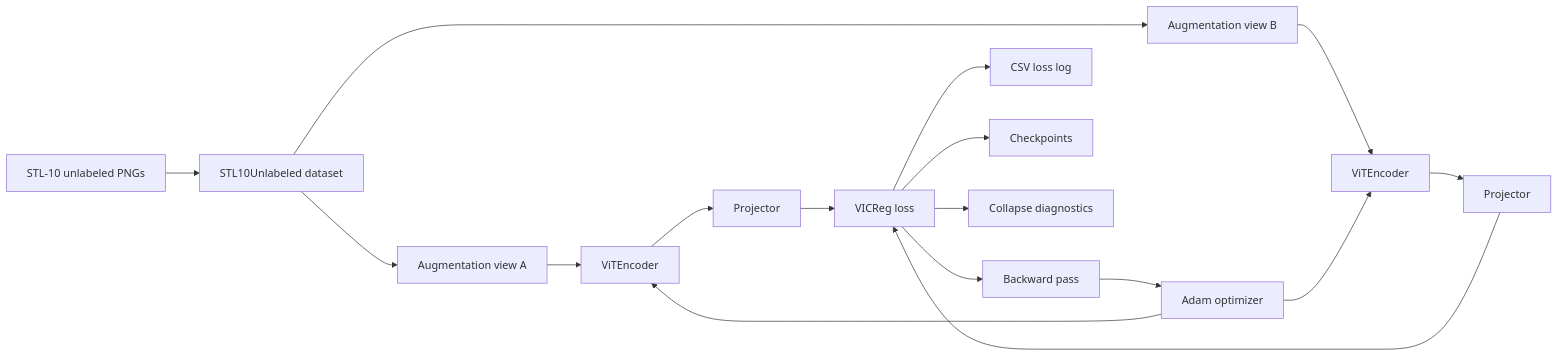
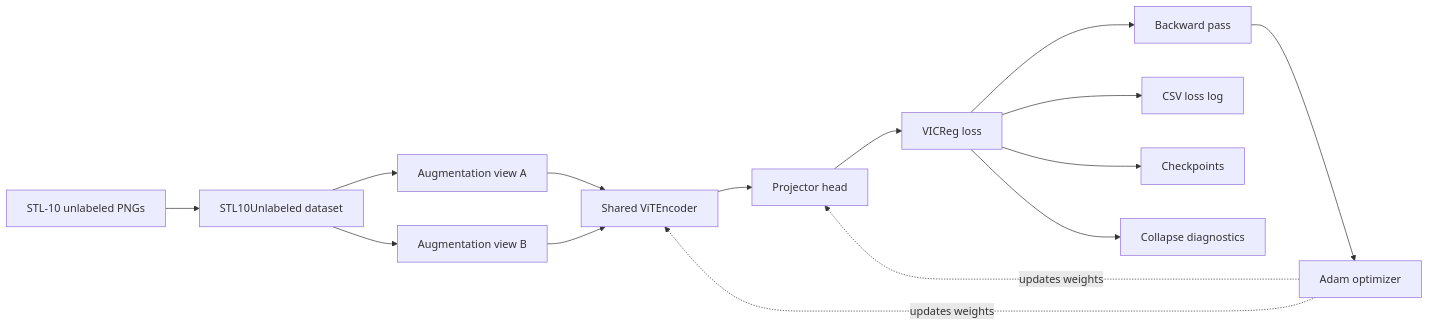
The first of 2 diagrams in docs/world_models_architecture.md (madhavpr191221/world-models-from-scratch), drawn with Mermaid before and after one commit. The commit also changed other lines of this file and 3 other files, not shown here.

````diff
--- a/docs/world_models_architecture.md
+++ b/docs/world_models_architecture.md
@@ -16,24 +16,22 @@
 ```mermaid
 flowchart LR
     A[STL-10 unlabeled PNGs] --> B[STL10Unlabeled dataset]
     B --> C1[Augmentation view A]
     B --> C2[Augmentation view B]
 
-    C1 --> D1[ViTEncoder]
-    C2 --> D2[ViTEncoder]
+    C1 --> D[Shared ViTEncoder]
+    C2 --> D
 
-    D1 --> E1[Projector]
-    D2 --> E2[Projector]
+    D --> E[Projector head]
 
-    E1 --> F[VICReg loss]
-    E2 --> F
-
+    E --> F[VICReg loss]
     F --> G[Backward pass]
     G --> H[Adam optimizer]
-    H --> D1
-    H --> D2
+
+    H -. updates weights .-> D
+    H -. updates weights .-> E
 
     F --> I[CSV loss log]
     F --> J[Checkpoints]
     F --> K[Collapse diagnostics]
 ```
````
